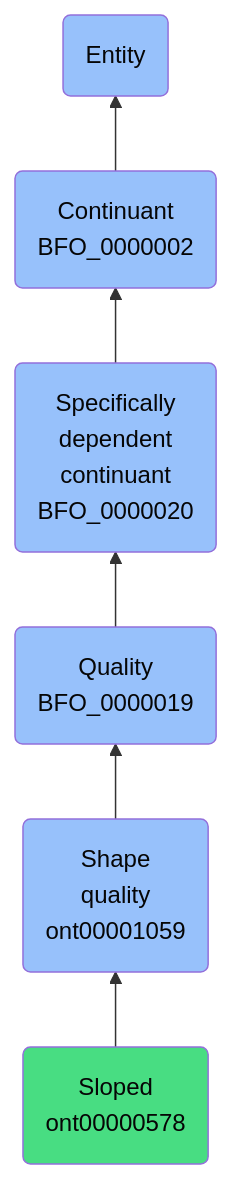
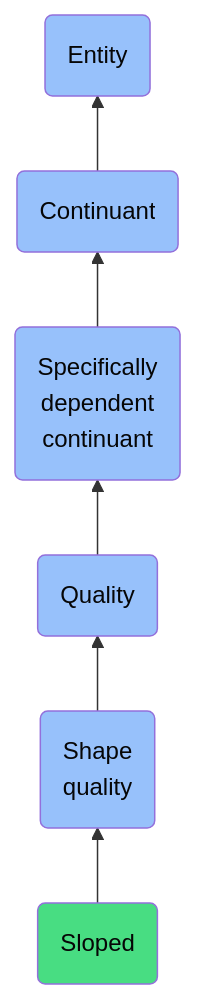
Before and after one commit to jupyter-naas/abi: the diagram in docs/ontology/reference/model/Entity/Continuant/Specifically dependent continuant/Quality/Shape quality/Sloped/Sloped.md, drawn with Mermaid. The commit also changed other lines of this file and 1430 other files, not shown here.

````diff
--- a/docs/ontology/reference/model/Entity/Continuant/Specifically dependent continuant/Quality/Shape quality/Sloped/Sloped.md
+++ b/docs/ontology/reference/model/Entity/Continuant/Specifically dependent continuant/Quality/Shape quality/Sloped/Sloped.md
@@ -24,13 +24,13 @@
 ```mermaid
 graph BT
-    ont00000578(Sloped<br>ont00000578):::ABI-->ont00001059
-    ont00001059(Shape<br>quality<br>ont00001059):::BFO-->BFO_0000019
-    BFO_0000019(Quality<br>BFO_0000019):::BFO-->BFO_0000020
-    BFO_0000020(Specifically<br>dependent<br>continuant<br>BFO_0000020):::BFO-->BFO_0000002
-    BFO_0000002(Continuant<br>BFO_0000002):::BFO-->BFO_0000001
+    ont00000578(Sloped):::ABI-->ont00001059
+    ont00001059(Shape<br>quality):::BFO-->BFO_0000019
+    BFO_0000019(Quality):::BFO-->BFO_0000020
+    BFO_0000020(Specifically<br>dependent<br>continuant):::BFO-->BFO_0000002
+    BFO_0000002(Continuant):::BFO-->BFO_0000001
     BFO_0000001(Entity):::BFO
     
     classDef BFO fill:#97c1fb,color:#060606
     classDef CCO fill:#e4c51e,color:#060606
     classDef ABI fill:#48DD82,color:#060606
 ```
````
